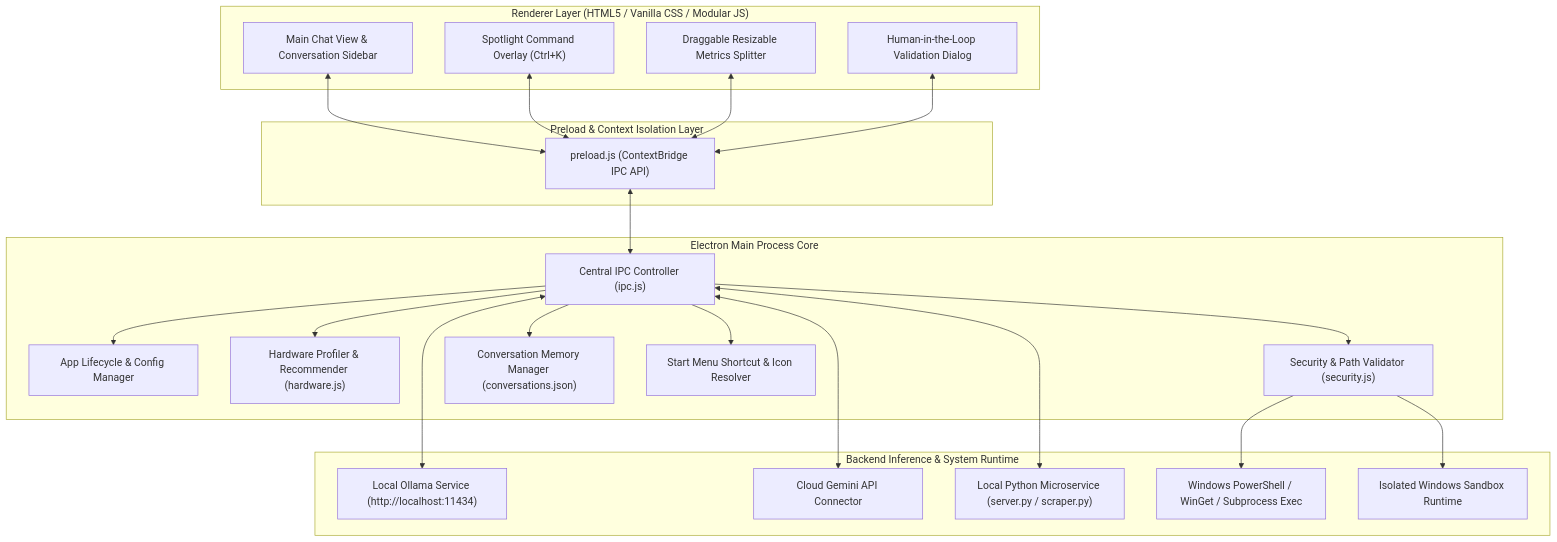
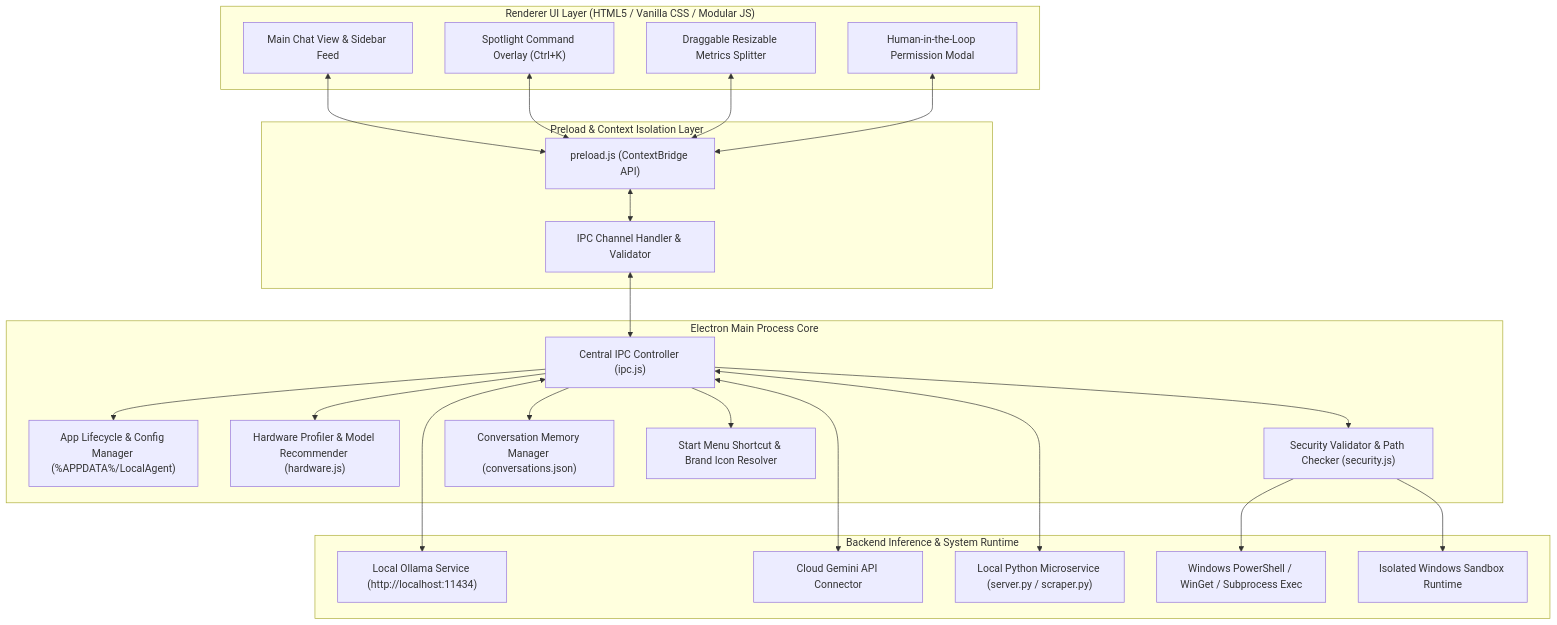
The first of 6 diagrams in SYSTEM_ARCHITECTURE.md (vedantwankhade123/Brown), drawn with Mermaid before and after one commit. The commit also changed other lines of this file, not shown here.

Commit message:
docs: enrich SYSTEM_ARCHITECTURE.md with comprehensive markdown mermaid diagrams for topology, sequence flows, and methodology

````diff
--- a/SYSTEM_ARCHITECTURE.md
+++ b/SYSTEM_ARCHITECTURE.md
@@ -11,49 +13,51 @@
 ```mermaid
 graph TD
-    subgraph Frontend ["Renderer Layer (HTML5 / Vanilla CSS / Modular JS)"]
-        UI_MAIN["Main Chat View & Conversation Sidebar"]
+    subgraph Frontend ["Renderer UI Layer (HTML5 / Vanilla CSS / Modular JS)"]
+        UI_MAIN["Main Chat View & Sidebar Feed"]
         UI_SPOTLIGHT["Spotlight Command Overlay (Ctrl+K)"]
         UI_SPLITTER["Draggable Resizable Metrics Splitter"]
-        UI_SECURITY["Human-in-the-Loop Validation Dialog"]
+        UI_SECURITY["Human-in-the-Loop Permission Modal"]
     end
 
     subgraph Bridge ["Preload & Context Isolation Layer"]
-        PRELOAD["preload.js (ContextBridge IPC API)"]
+        PRELOAD["preload.js (ContextBridge API)"]
+        IPC_SEC["IPC Channel Handler & Validator"]
     end
 
     subgraph Core ["Electron Main Process Core"]
-        BOOT["App Lifecycle & Config Manager"]
+        BOOT["App Lifecycle & Config Manager (%APPDATA%/LocalAgent)"]
         IPC_HUB["Central IPC Controller (ipc.js)"]
-        HW_ENGINE["Hardware Profiler & Recommender (hardware.js)"]
-        SEC_ENGINE["Security & Path Validator (security.js)"]
+        HW_ENGINE["Hardware Profiler & Model Recommender (hardware.js)"]
+        SEC_ENGINE["Security Validator & Path Checker (security.js)"]
         MEM_ENGINE["Conversation Memory Manager (conversations.json)"]
-        START_SCANNER["Start Menu Shortcut & Icon Resolver"]
+        START_SCANNER["Start Menu Shortcut & Brand Icon Resolver"]
     end
 
     subgraph Services ["Backend Inference & System Runtime"]
         OLLAMA["Local Ollama Service (http://localhost:11434)"]
         GEMINI["Cloud Gemini API Connector"]
         PYTHON_SRV["Local Python Microservice (server.py / scraper.py)"]
         WIN_SHELL["Windows PowerShell / WinGet / Subprocess Exec"]
         WIN_SANDBOX["Isolated Windows Sandbox Runtime"]
     end
 
     UI_MAIN <--> PRELOAD
     UI_SPOTLIGHT <--> PRELOAD
     UI_SPLITTER <--> PRELOAD
     UI_SECURITY <--> PRELOAD
-    PRELOAD <--> IPC_HUB
+    PRELOAD <--> IPC_SEC
+    IPC_SEC <--> IPC_HUB
 
     IPC_HUB --> BOOT
     IPC_HUB --> HW_ENGINE
     IPC_HUB --> SEC_ENGINE
     IPC_HUB --> MEM_ENGINE
     IPC_HUB --> START_SCANNER
 
     IPC_HUB <--> OLLAMA
     IPC_HUB <--> GEMINI
     IPC_HUB <--> PYTHON_SRV
 
     SEC_ENGINE --> WIN_SHELL
     SEC_ENGINE --> WIN_SANDBOX
 ```
````
